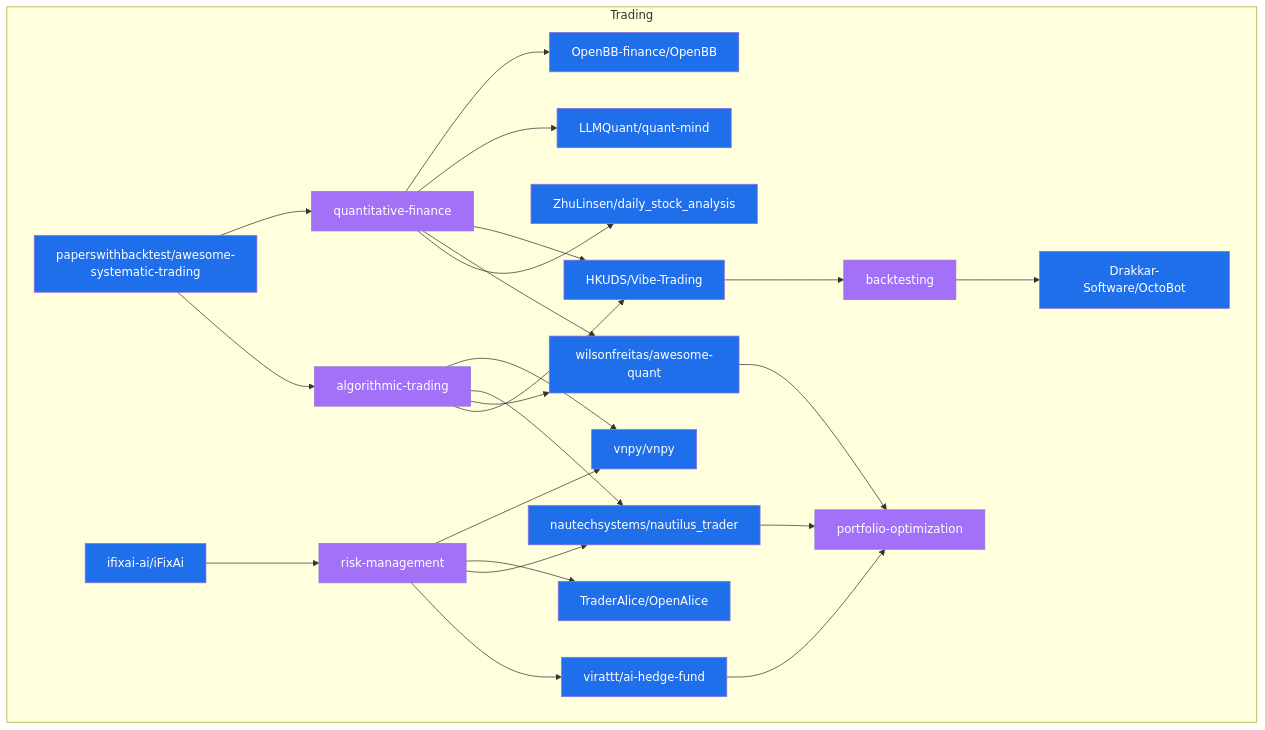
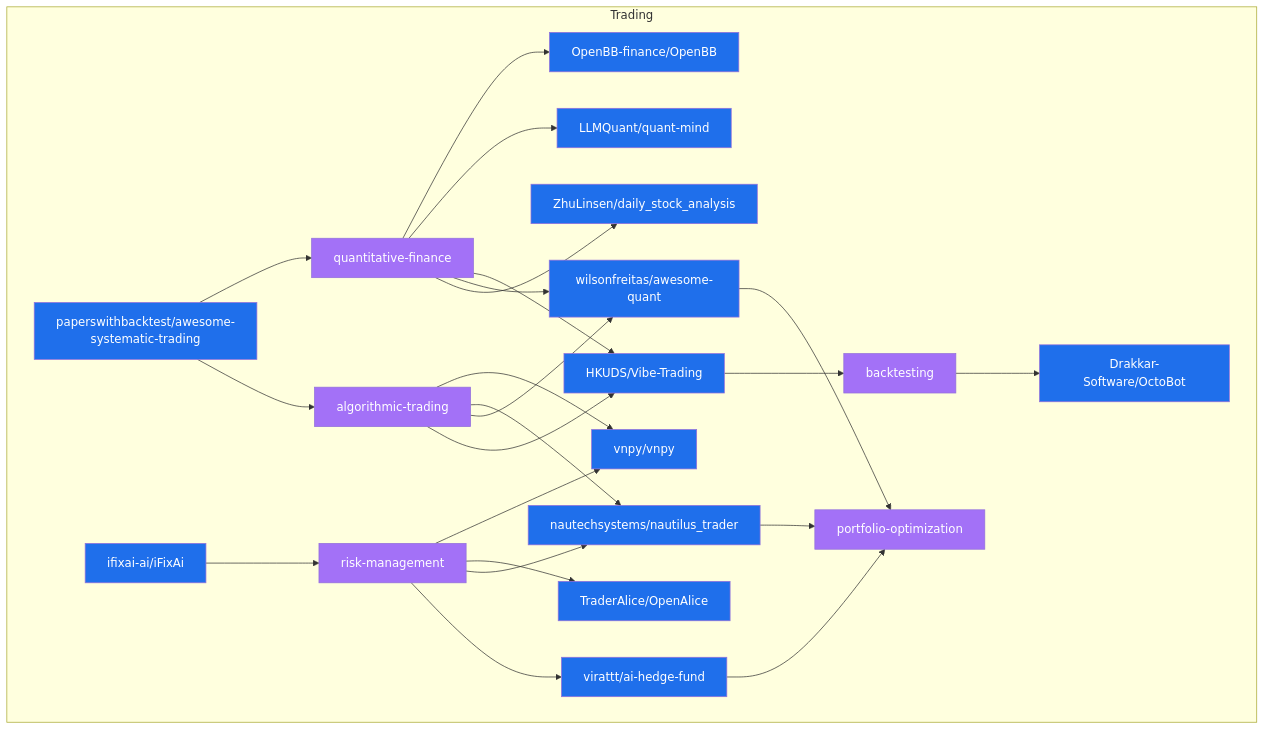
The diagram in data/star_graph_trading.mermaid (Meru143/star-graph), drawn with Mermaid before and after one commit. The commit also changed other lines of this file and 15 other files, not shown here.

Commit message:
chore: weekly star graph update 2026-08-17

```diff
--- a/data/star_graph_trading.mermaid
+++ b/data/star_graph_trading.mermaid
@@ -1,46 +1,46 @@
 graph TD
   subgraph trading ["Trading"]
+    quantitative_finance["quantitative-finance"]:::topic
+    Drakkar_Software_OctoBot["Drakkar-Software/OctoBot"]:::repo
+    HKUDS_Vibe_Trading["HKUDS/Vibe-Trading"]:::repo
+    virattt_ai_hedge_fund["virattt/ai-hedge-fund"]:::repo
+    vnpy_vnpy["vnpy/vnpy"]:::repo
+    risk_management["risk-management"]:::topic
+    algorithmic_trading["algorithmic-trading"]:::topic
+    paperswithbacktest_awesome_systematic_trading["paperswithbacktest/awesome-systematic-trading"]:::repo
+    portfolio_optimization["portfolio-optimization"]:::topic
     wilsonfreitas_awesome_quant["wilsonfreitas/awesome-quant"]:::repo
-    virattt_ai_hedge_fund["virattt/ai-hedge-fund"]:::repo
-    Drakkar_Software_OctoBot["Drakkar-Software/OctoBot"]:::repo
+    OpenBB_finance_OpenBB["OpenBB-finance/OpenBB"]:::repo
     nautechsystems_nautilus_trader["nautechsystems/nautilus_trader"]:::repo
     ZhuLinsen_daily_stock_analysis["ZhuLinsen/daily_stock_analysis"]:::repo
-    algorithmic_trading["algorithmic-trading"]:::topic
     ifixai_ai_iFixAi["ifixai-ai/iFixAi"]:::repo
     TraderAlice_OpenAlice["TraderAlice/OpenAlice"]:::repo
-    HKUDS_Vibe_Trading["HKUDS/Vibe-Trading"]:::repo
     LLMQuant_quant_mind["LLMQuant/quant-mind"]:::repo
-    OpenBB_finance_OpenBB["OpenBB-finance/OpenBB"]:::repo
     backtesting["backtesting"]:::topic
-    portfolio_optimization["portfolio-optimization"]:::topic
-    vnpy_vnpy["vnpy/vnpy"]:::repo
-    paperswithbacktest_awesome_systematic_trading["paperswithbacktest/awesome-systematic-trading"]:::repo
-    risk_management["risk-management"]:::topic
-    quantitative_finance["quantitative-finance"]:::topic
   end
   paperswithbacktest_awesome_systematic_trading --> algorithmic_trading
   paperswithbacktest_awesome_systematic_trading --> quantitative_finance
   algorithmic_trading --> HKUDS_Vibe_Trading
   algorithmic_trading --> wilsonfreitas_awesome_quant
   algorithmic_trading --> nautechsystems_nautilus_trader
   algorithmic_trading --> vnpy_vnpy
   quantitative_finance --> ZhuLinsen_daily_stock_analysis
   quantitative_finance --> wilsonfreitas_awesome_quant
   quantitative_finance --> HKUDS_Vibe_Trading
   quantitative_finance --> LLMQuant_quant_mind
   quantitative_finance --> OpenBB_finance_OpenBB
   ifixai_ai_iFixAi --> risk_management
   risk_management --> virattt_ai_hedge_fund
   risk_management --> nautechsystems_nautilus_trader
   risk_management --> TraderAlice_OpenAlice
   risk_management --> vnpy_vnpy
   wilsonfreitas_awesome_quant --> portfolio_optimization
   virattt_ai_hedge_fund --> portfolio_optimization
   HKUDS_Vibe_Trading --> backtesting
   backtesting --> Drakkar_Software_OctoBot
   nautechsystems_nautilus_trader --> portfolio_optimization
   classDef repo fill:#1f6feb,color:#fff;
   classDef topic fill:#a371f7,color:#fff;
   classDef technology fill:#3fb950,color:#fff;
   classDef use_case fill:#d29922,color:#fff;
   classDef architecture fill:#f85149,color:#fff;
```
